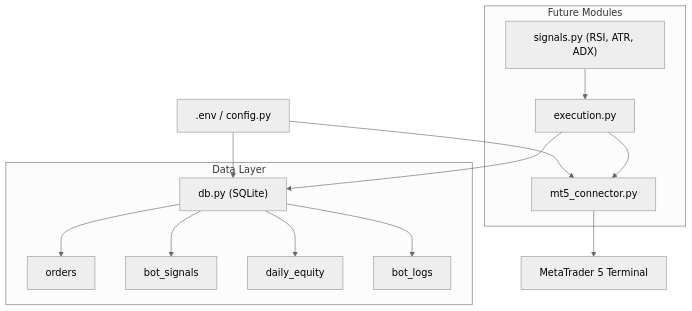
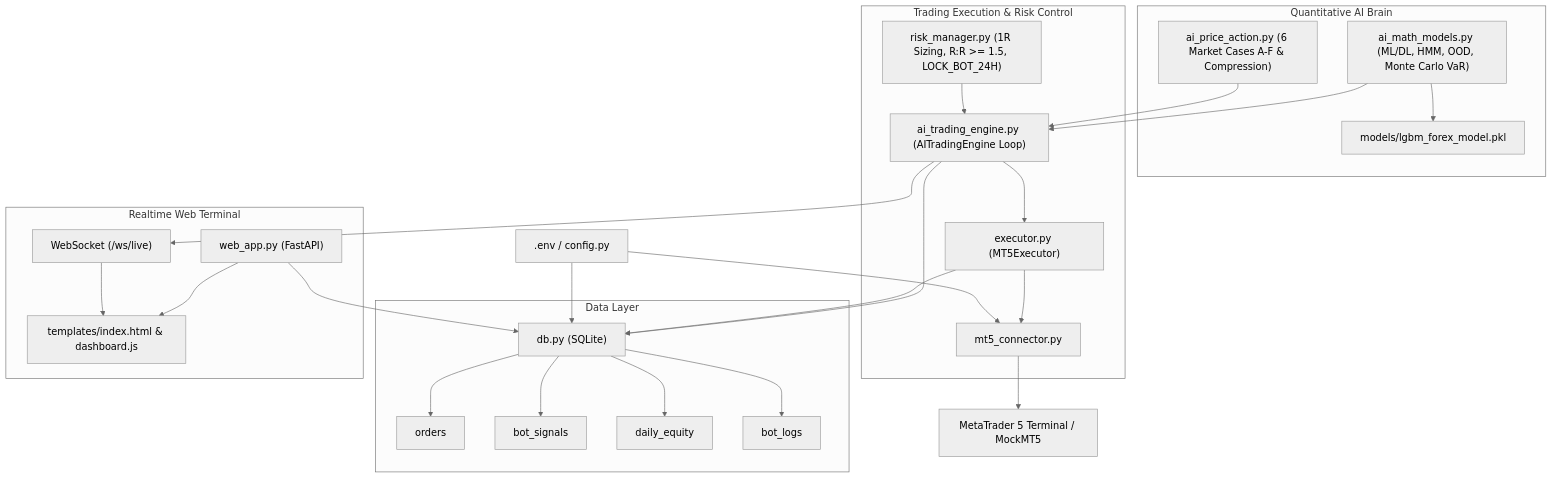
The diagram in .ai/02_architecture_map.md (Giangha00/ai-earning), drawn with Mermaid (neutral theme) before and after one commit. The commit also changed other lines of this file and 23 other files, not shown here.

````diff
--- a/.ai/02_architecture_map.md
+++ b/.ai/02_architecture_map.md
@@ -3,19 +3,45 @@
 ```mermaid
 graph TD
     ENV[".env / config.py"] --> DB["db.py (SQLite)"]
     ENV --> MT5C["mt5_connector.py"]
-    MT5C --> MT5_TERM["MetaTrader 5 Terminal"]
+    MT5C --> MT5_TERM["MetaTrader 5 Terminal / MockMT5"]
     
     subgraph Data Layer
         DB --> T1["orders"]
         DB --> T2["bot_signals"]
         DB --> T3["daily_equity"]
         DB --> T4["bot_logs"]
     end
 
-    subgraph Future Modules
-        SIG["signals.py (RSI, ATR, ADX)"] --> EXEC["execution.py"]
+    subgraph Quantitative AI Brain
+        PA["ai_price_action.py (6 Market Cases A-F & Compression)"]
+        MATH["ai_math_models.py (ML/DL, HMM, OOD, Monte Carlo VaR)"]
+        MODEL["models/lgbm_forex_model.pkl"]
+        MATH --> MODEL
+    end
+
+    subgraph Trading Execution & Risk Control
+        RISK["risk_manager.py (1R Sizing, R:R >= 1.5, LOCK_BOT_24H)"]
+        EXEC["executor.py (MT5Executor)"]
+        ENGINE["ai_trading_engine.py (AITradingEngine Loop)"]
+        
+        PA --> ENGINE
+        MATH --> ENGINE
+        RISK --> ENGINE
+        ENGINE --> EXEC
         EXEC --> MT5C
         EXEC --> DB
+        ENGINE --> DB
+    end
+
+    subgraph Realtime Web Terminal
+        WEB["web_app.py (FastAPI)"]
+        WS["WebSocket (/ws/live)"]
+        UI["templates/index.html & dashboard.js"]
+        
+        ENGINE --> WS
+        WS --> UI
+        WEB --> UI
+        WEB --> DB
     end
 ```
````
